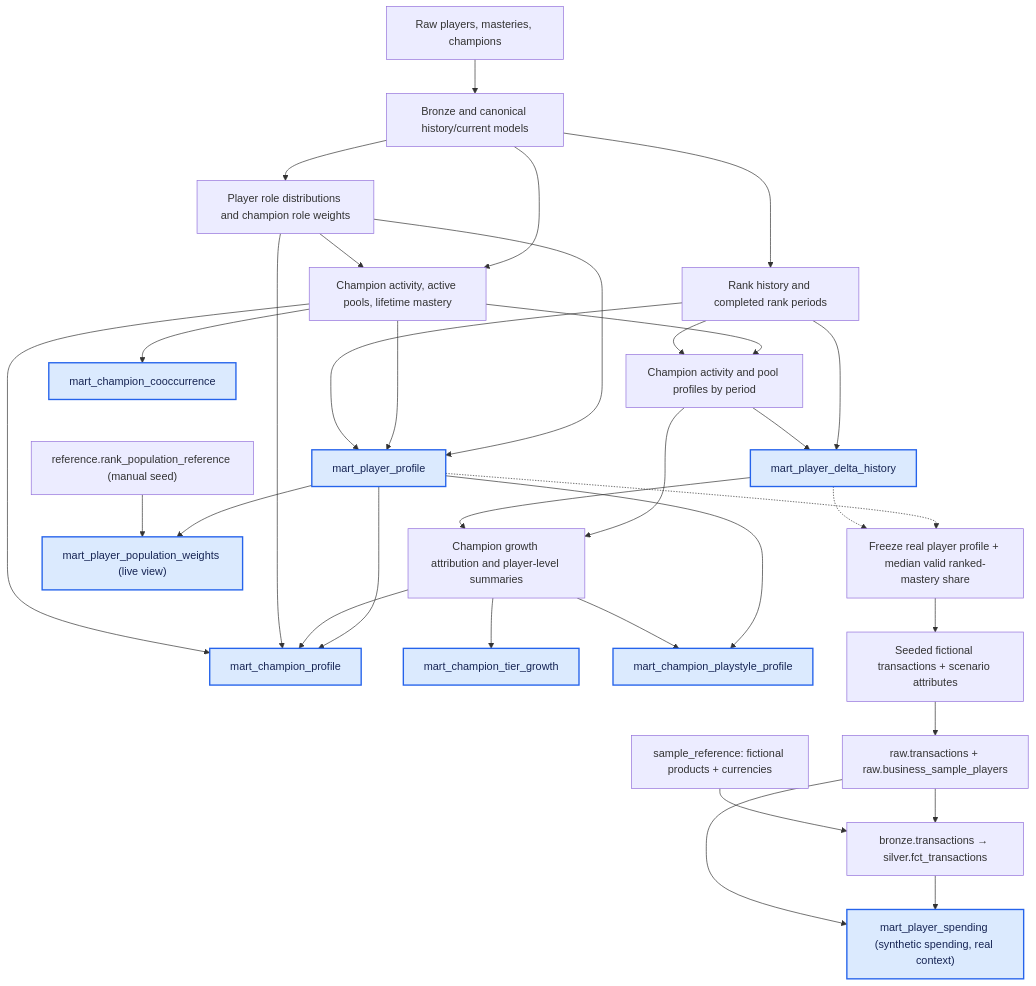
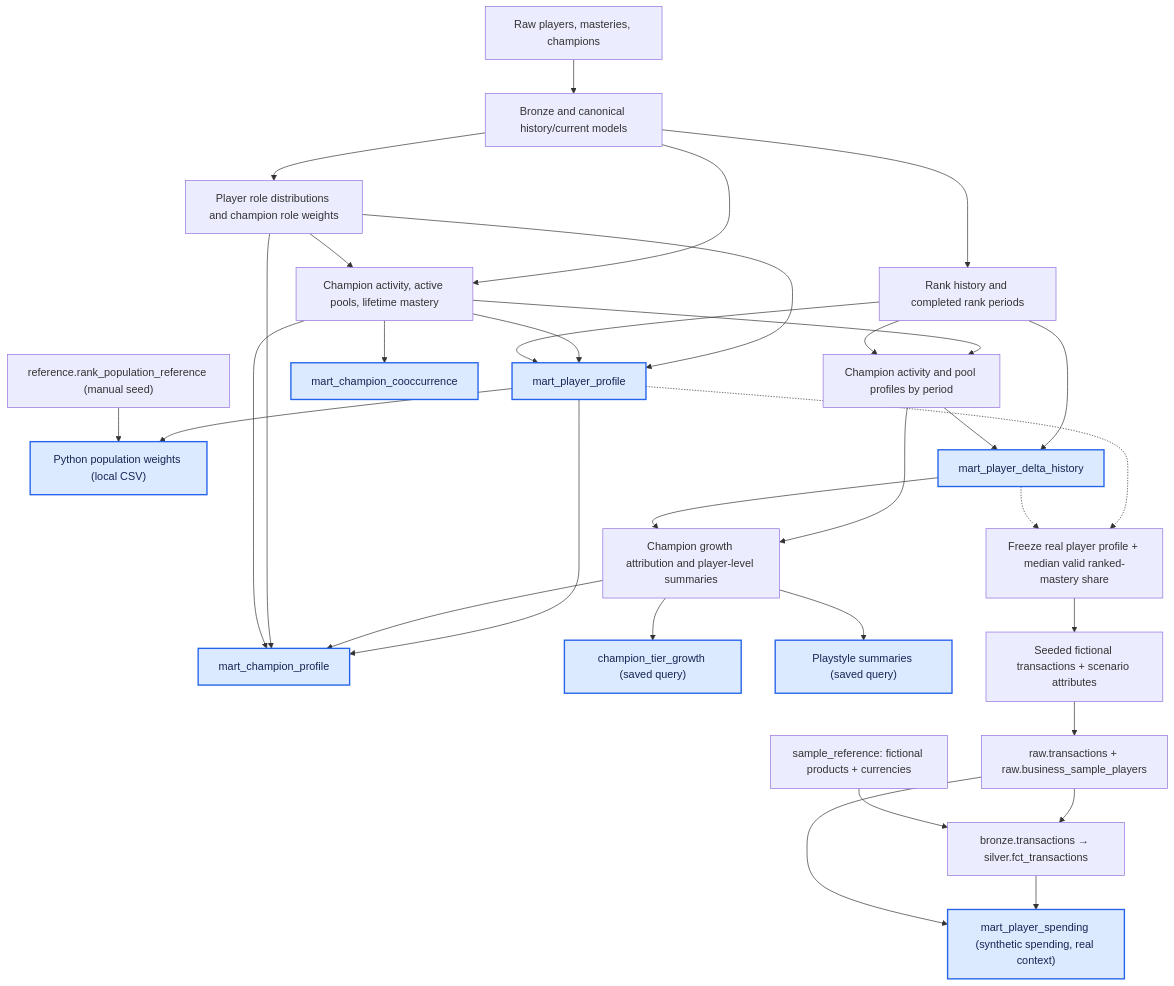
One commit to Pedro-Iaki/league-specialization-etl changed the first of 2 diagrams in league_pipeline/docs/model_reference.md. Above: the diagram before and after it, drawn with Mermaid. The commit also changed other lines of this file and 42 other files, not shown here.

````diff
--- a/league_pipeline/docs/model_reference.md
+++ b/league_pipeline/docs/model_reference.md
@@ -29,61 +26,60 @@
 ```mermaid
     flowchart TD
     Sources["Raw players, masteries, champions"]
     State["Bronze and canonical history/current models"]
     Roles["Player role distributions and champion role weights"]
     Activity["Champion activity, active pools, lifetime mastery"]
     Periods["Rank history and completed rank periods"]
     PeriodPools["Champion activity and pool profiles by period"]
     Growth["Champion growth attribution and player-level summaries"]
 
     Sources --> State
     State --> Roles
     State --> Activity
     State --> Periods
     Roles --> Activity
     Activity --> PeriodPools
     Periods --> PeriodPools
 
     Player["mart_player_profile"]
     PopulationReference["reference.rank_population_reference (manual seed)"]
-    PopulationWeights["mart_player_population_weights (live view)"]
+    PopulationWeights["Python population weights (local CSV)"]
     Delta["mart_player_delta_history"]
     Champion["mart_champion_profile"]
-    Tier["mart_champion_tier_growth"]
-    Playstyle["mart_champion_playstyle_profile"]
+    Tier["champion_tier_growth (saved query)"]
+    Playstyle["Playstyle summaries (saved query)"]
     Cooccurrence["mart_champion_cooccurrence"]
 
     Roles --> Player
     Activity --> Player
     Periods --> Player
     Player --> PopulationWeights
     PopulationReference --> PopulationWeights
     Periods --> Delta
     PeriodPools --> Delta
     PeriodPools --> Growth
     Delta --> Growth
     Player --> Champion
-    Player --> Playstyle
     Growth --> Champion
     Growth --> Tier
     Growth --> Playstyle
     Roles --> Champion
     Activity --> Champion
     Activity --> Cooccurrence
 
     Frozen["Freeze real player profile + median valid ranked-mastery share"]
     Synthetic["Seeded fictional transactions + scenario attributes"]
     SampleRaw["raw.transactions + raw.business_sample_players"]
     References["sample_reference: fictional products + currencies"]
     SampleFact["bronze.transactions → silver.fct_transactions"]
     Spending["mart_player_spending (synthetic spending, real context)"]
     Player -.-> Frozen
     Delta -.-> Frozen
     Frozen --> Synthetic --> SampleRaw --> SampleFact --> Spending
     References --> SampleFact
     SampleRaw --> Spending
 
     classDef mart fill:#dbeafe,stroke:#2563eb,stroke-width:2px,color:#172554
     class Player,PopulationWeights,Delta,Champion,Tier,Playstyle,Cooccurrence mart
     class Spending mart
 ```
````
